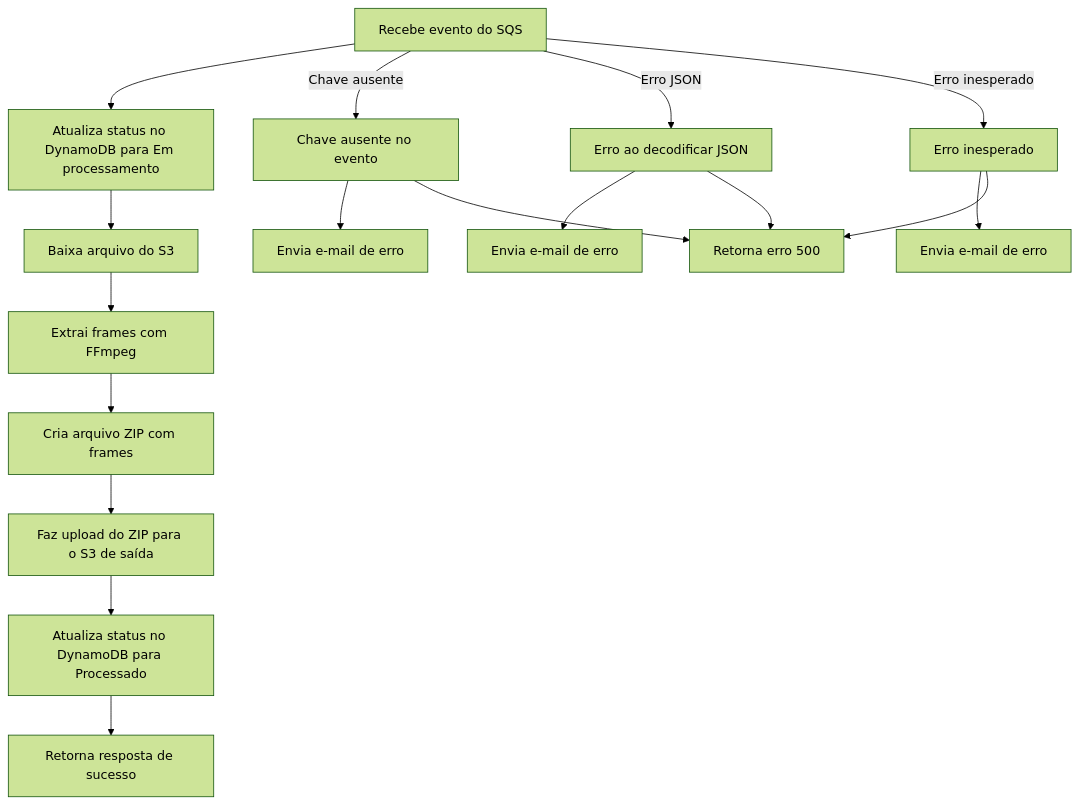
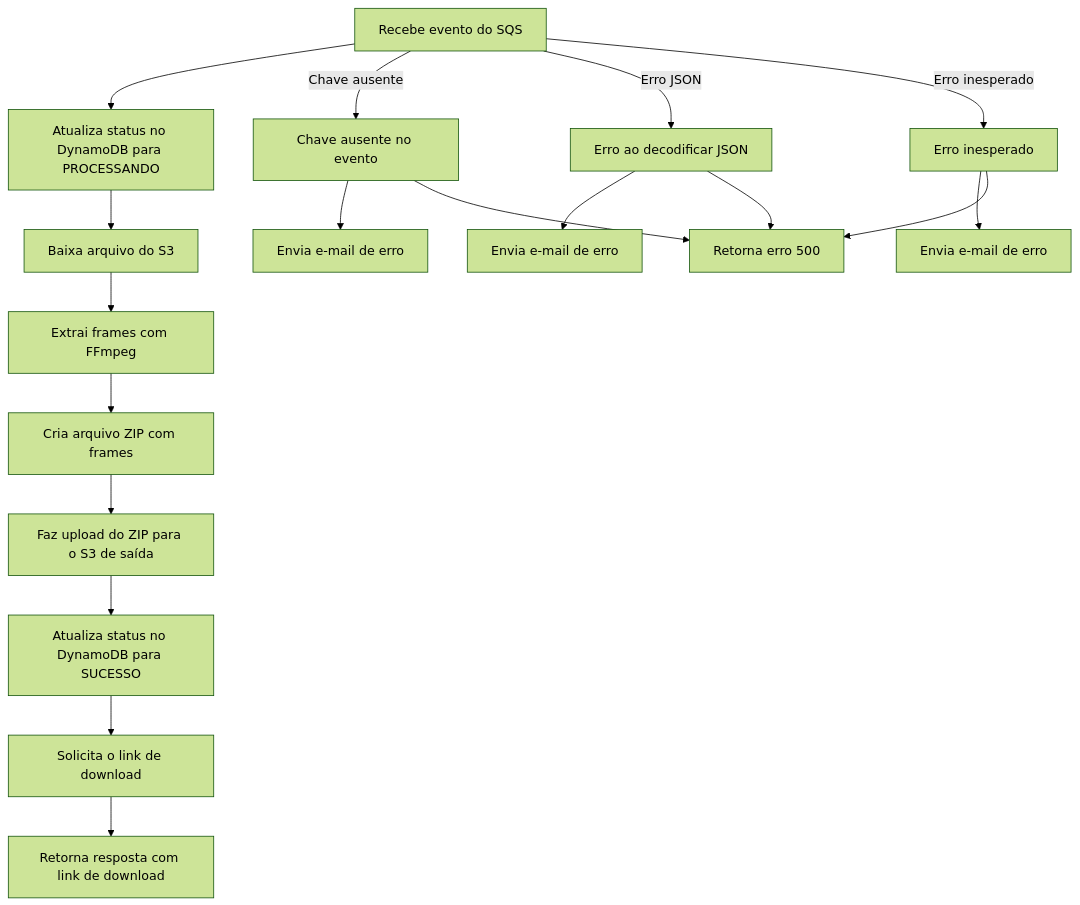
Before and after one commit to 7SOATSquad30/video-processing-challenge: the diagram in src/lambda-video-processing/README.md, drawn with Mermaid (forest theme). The commit also changed other lines of this file, not shown here.

````diff
--- a/src/lambda-video-processing/README.md
+++ b/src/lambda-video-processing/README.md
@@ -26,23 +26,24 @@
 ```mermaid
 graph TD
-    A[Recebe evento do SQS] --> B[Atualiza status no DynamoDB para Em processamento]
+    A[Recebe evento do SQS] --> B[Atualiza status no DynamoDB para PROCESSANDO]
     B --> C[Baixa arquivo do S3]
     C --> D[Extrai frames com FFmpeg]
     D --> E[Cria arquivo ZIP com frames]
     E --> F[Faz upload do ZIP para o S3 de saída]
-    F --> G[Atualiza status no DynamoDB para Processado]
-    G --> H[Retorna resposta de sucesso]
+    F --> G[Atualiza status no DynamoDB para SUCESSO]
+    G --> H[Solicita o link de download]
+    H --> I[Retorna resposta com link de download]
 
     %% Tratamento de erros
     A -->|Chave ausente| X1[Chave ausente no evento]
     A -->|Erro JSON| X2[Erro ao decodificar JSON]
     A -->|Erro inesperado| X3[Erro inesperado]
 
     X1 --> Y1[Envia e-mail de erro]
     X2 --> Y2[Envia e-mail de erro]
     X3 --> Y3[Envia e-mail de erro]
 
     X1 --> Z[Retorna erro 500]
     X2 --> Z[Retorna erro 500]
     X3 --> Z[Retorna erro 500]
 ```
````
